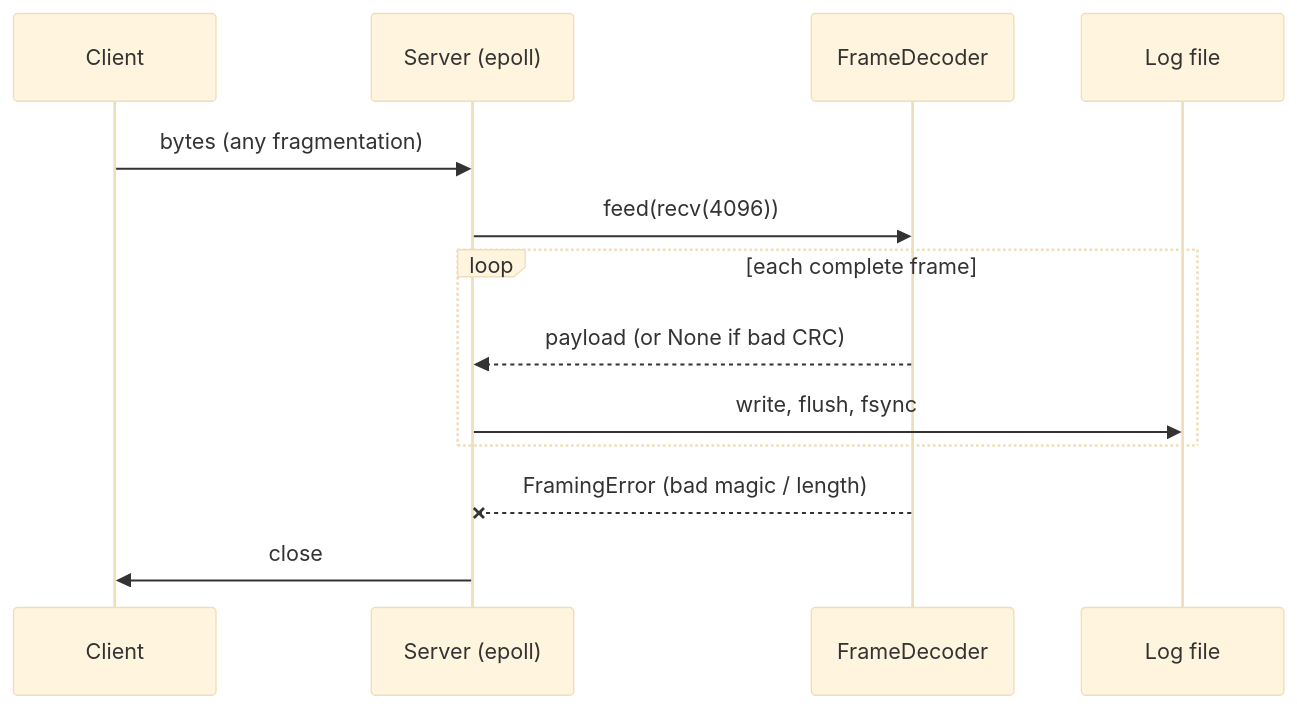
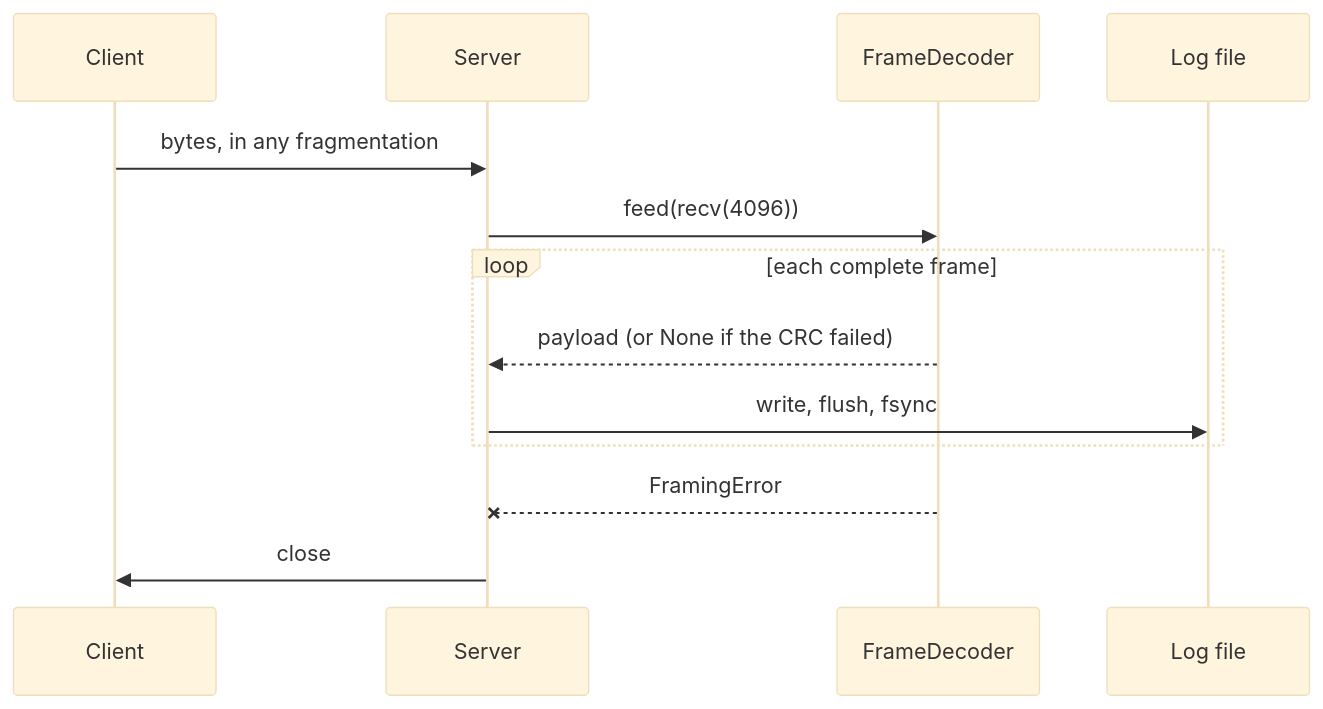
The diagram in README.md (unnobatroo/py-frame-relay), drawn with Mermaid (base theme) before and after one commit. The commit also changed other lines of this file and 3 other files, not shown here.

````diff
--- a/README.md
+++ b/README.md
@@ -44,15 +32,15 @@
 ```mermaid
 sequenceDiagram
     participant C as Client
-    participant S as Server (epoll)
+    participant S as Server
     participant D as FrameDecoder
     participant L as Log file
-    C->>S: bytes (any fragmentation)
+    C->>S: bytes, in any fragmentation
     S->>D: feed(recv(4096))
     loop each complete frame
-        D-->>S: payload (or None if bad CRC)
+        D-->>S: payload (or None if the CRC failed)
         S->>L: write, flush, fsync
     end
-    D--xS: FramingError (bad magic / length)
+    D--xS: FramingError
     S->>C: close
 ```
````
